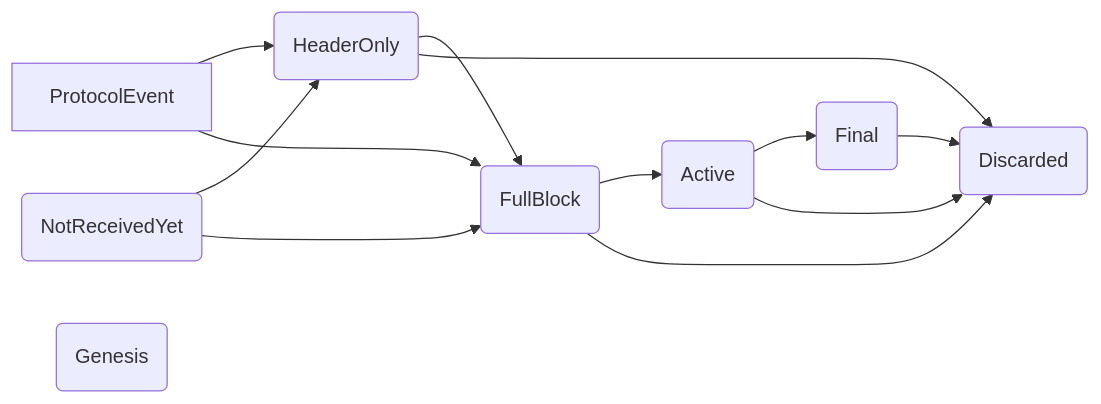
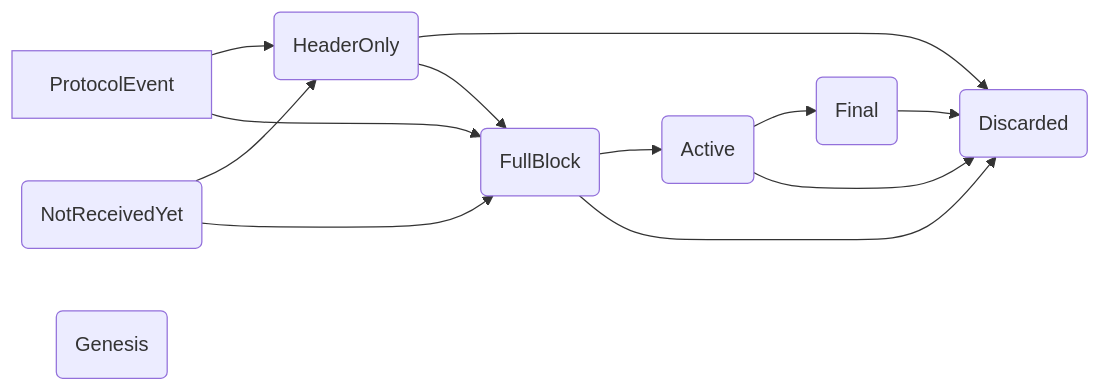
Before and after one commit to massalabs/massa: the first of 4 diagrams in consensus/README.md, drawn with Mermaid. The commit also changed other lines of this file, not shown here.

Commit message:
Improved consensus structure graph.

````diff
--- a/consensus/README.md
+++ b/consensus/README.md
@@ -162,15 +162,15 @@
 ```mermaid
 graph LR
     F[ProtocolEvent] --> B
     F --> C
     A(NotReceivedYet) --> B(HeaderOnly)
     A --> C(FullBlock)
-    B --> C
     H(Genesis)
     C --> D(Active)
     D --> E(Final)
     E --> G(Discarded)
     B --> G
     C --> G
     D --> G
+    B --> C
 ```
````
